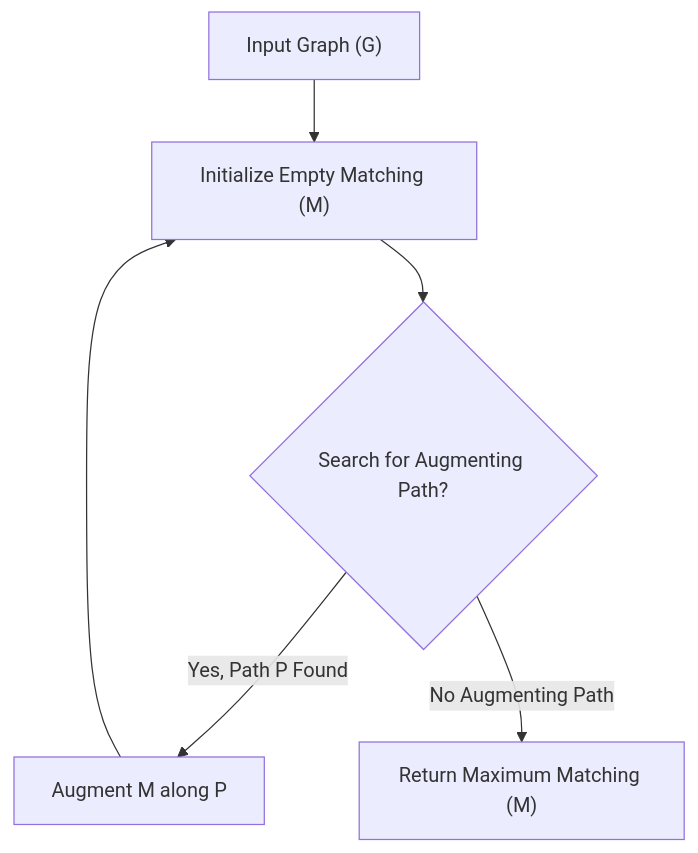
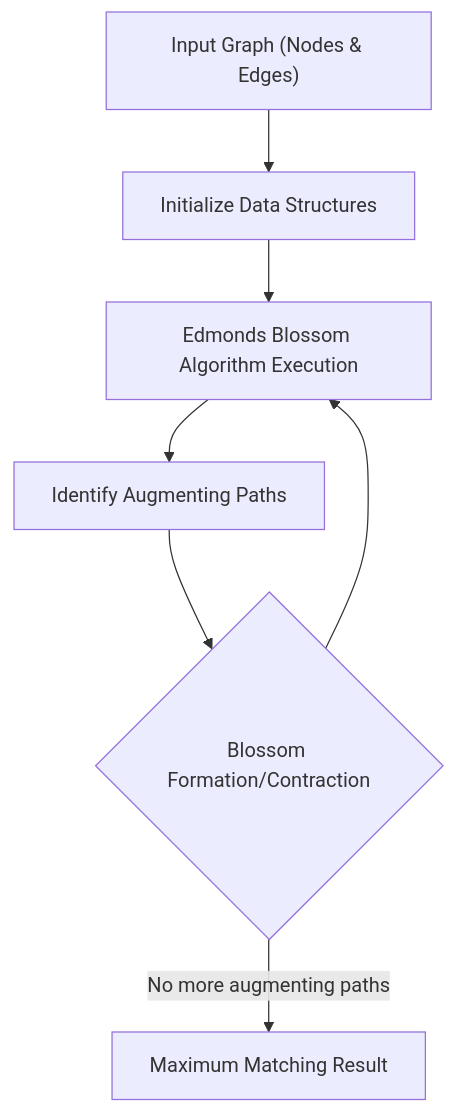
Before and after one commit to grewal16/edmonds-blossom-algorithm: the diagram in README.md, drawn with Mermaid. The commit also changed other lines of this file, not shown here.

````diff
--- a/README.md
+++ b/README.md
@@ -29,8 +39,9 @@
 ```mermaid
 graph TD
-    A["Input Graph (G)"] --> B["Initialize Empty Matching (M)"];
-    B --> C{"Search for Augmenting Path?"};
-    C -- "Yes, Path P Found" --> D["Augment M along P"];
-    D --> B;
-    C -- "No Augmenting Path" --> E["Return Maximum Matching (M)"];
+    A["Input Graph (Nodes & Edges)"] --> B["Initialize Data Structures"];
+    B --> C["Edmonds Blossom Algorithm Execution"];
+    C --> D["Identify Augmenting Paths"];
+    D --> E{"Blossom Formation/Contraction"};
+    E --> C;
+    E -- "No more augmenting paths" --> F["Maximum Matching Result"];
 ```
````
